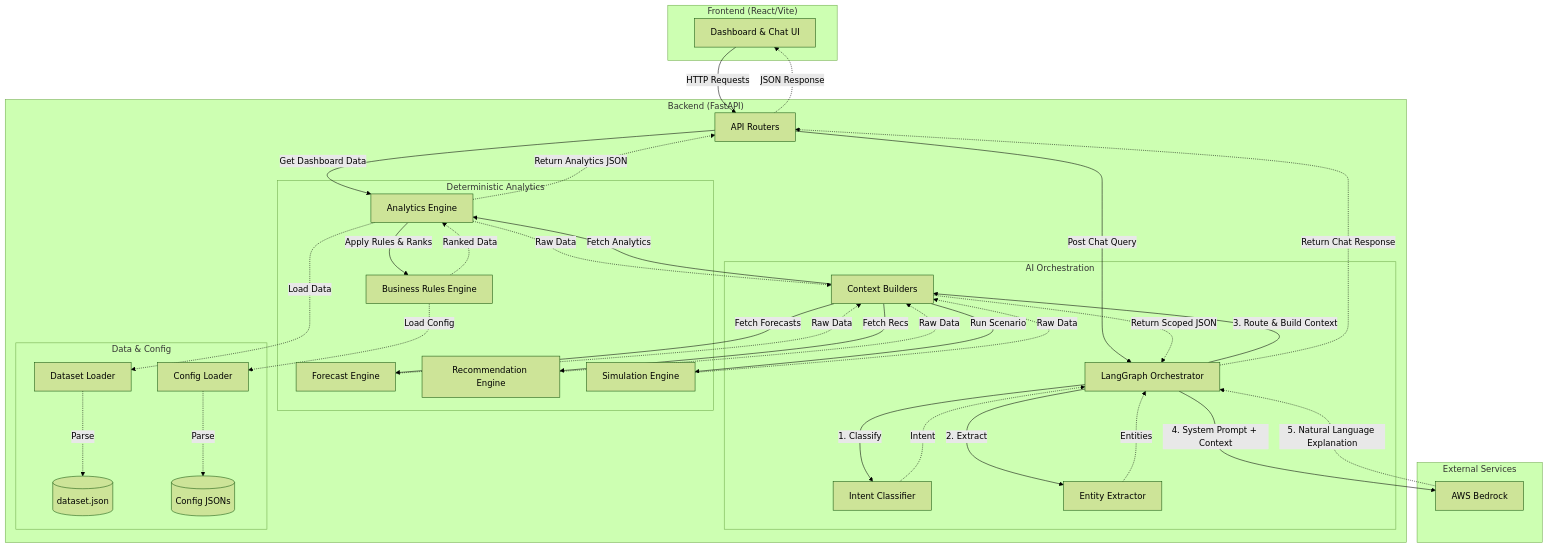
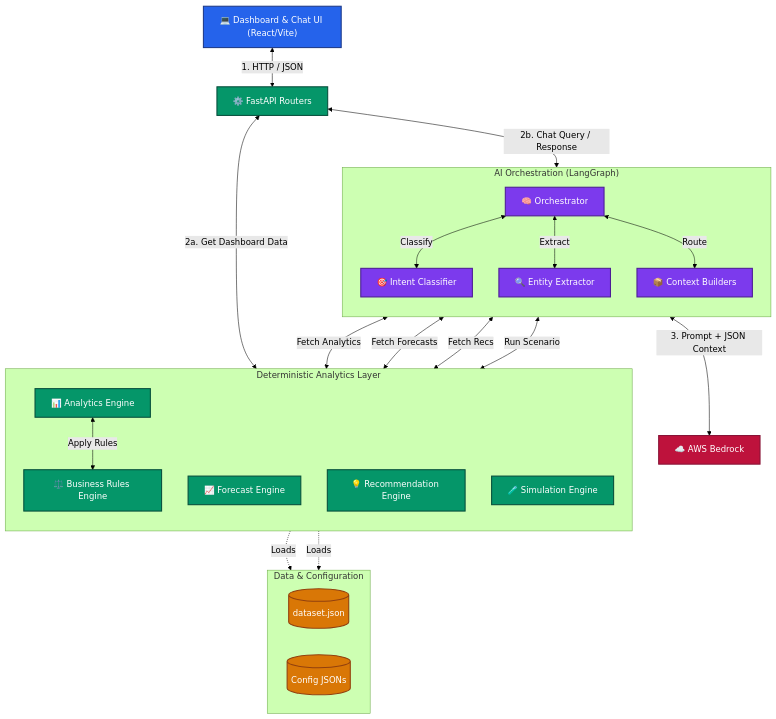
Before and after one commit to Noel9812/CUIA: the diagram in docs/02_SYSTEM_ARCHITECTURE.md, drawn with Mermaid (forest theme).

Commit message:
chore:docs update

````diff
--- a/docs/02_SYSTEM_ARCHITECTURE.md
+++ b/docs/02_SYSTEM_ARCHITECTURE.md
@@ -7,80 +7,65 @@
 ```mermaid
 flowchart TD
-    subgraph Frontend ["Frontend (React/Vite)"]
-        UI[Dashboard & Chat UI]
+    %% Node Styling
+    classDef frontend fill:#2563eb,stroke:#1e3a8a,stroke-width:2px,color:#fff;
+    classDef backend fill:#059669,stroke:#064e3b,stroke-width:2px,color:#fff;
+    classDef ai fill:#7c3aed,stroke:#4c1d95,stroke-width:2px,color:#fff;
+    classDef storage fill:#d97706,stroke:#92400e,stroke-width:2px,color:#fff;
+    classDef external fill:#be123c,stroke:#881337,stroke-width:2px,color:#fff;
+
+    %% Elements
+    UI["💻 Dashboard & Chat UI (React/Vite)"]:::frontend
+    
+    API["⚙️ FastAPI Routers"]:::backend
+    
+    subgraph AI ["AI Orchestration (LangGraph)"]
+        direction TB
+        LG["🧠 Orchestrator"]:::ai
+        IC["🎯 Intent Classifier"]:::ai
+        EE["🔍 Entity Extractor"]:::ai
+        CB["📦 Context Builders"]:::ai
     end
+    
+    subgraph Analytics ["Deterministic Analytics Layer"]
+        direction TB
+        AE["📊 Analytics Engine"]:::backend
+        FE["📈 Forecast Engine"]:::backend
+        RE["💡 Recommendation Engine"]:::backend
+        SE["🧪 Simulation Engine"]:::backend
+        BRE["⚖️ Business Rules Engine"]:::backend
+    end
+    
+    subgraph Data ["Data & Configuration"]
+        direction LR
+        DS[("dataset.json")]:::storage
+        CFG[("Config JSONs")]:::storage
+    end
+    
+    LLM["☁️ AWS Bedrock"]:::external
 
-    subgraph Backend ["Backend (FastAPI)"]
-        API[API Routers]
-        
-        subgraph AI_Layer ["AI Orchestration"]
-            LG[LangGraph Orchestrator]
-            IC[Intent Classifier]
-            EE[Entity Extractor]
-            CB[Context Builders]
-        end
-        
-        subgraph Analytics_Layer ["Deterministic Analytics"]
-            AE[Analytics Engine]
-            BRE[Business Rules Engine]
-            FE[Forecast Engine]
-            RE[Recommendation Engine]
-            SE[Simulation Engine]
-        end
-        
-        subgraph Data_Layer ["Data & Config"]
-            DS[(dataset.json)]
-            CFG[(Config JSONs)]
-            DL[Dataset Loader]
-            CL[Config Loader]
-        end
-    end
-
-    subgraph External ["External Services"]
-        LLM[AWS Bedrock]
-    end
-
-    %% Control / Data Flow
-    UI -->|HTTP Requests| API
+    %% Routing
+    UI <-->|1. HTTP / JSON| API
     
     %% Dashboard Flow
-    API -->|Get Dashboard Data| AE
-    AE -.->|Return Analytics JSON| API
+    API <-->|2a. Get Dashboard Data| AE
+    AE <-->|Apply Rules| BRE
     
     %% Copilot Flow
-    API -->|Post Chat Query| LG
+    API <-->|2b. Chat Query / Response| LG
     
-    LG -->|1. Classify| IC
-    IC -.->|Intent| LG
+    LG <-->|Classify| IC
+    LG <-->|Extract| EE
+    LG <-->|Route| CB
     
-    LG -->|2. Extract| EE
-    EE -.->|Entities| LG
+    CB <-->|Fetch Analytics| AE
+    CB <-->|Fetch Forecasts| FE
+    CB <-->|Fetch Recs| RE
+    CB <-->|Run Scenario| SE
     
-    LG -->|3. Route & Build Context| CB
+    %% Data Loading
+    AE -.->|Loads| DS
+    BRE -.->|Loads| CFG
     
-    CB -->|Fetch Analytics| AE
-    CB -->|Fetch Forecasts| FE
-    CB -->|Fetch Recs| RE
-    CB -->|Run Scenario| SE
-    
-    AE -.->|Raw Data| CB
-    FE -.->|Raw Data| CB
-    RE -.->|Raw Data| CB
-    SE -.->|Raw Data| CB
-    
-    AE -->|Apply Rules & Ranks| BRE
-    BRE -.->|Ranked Data| AE
-    
-    AE -.->|Load Data| DL
-    BRE -.->|Load Config| CL
-    DL -.->|Parse| DS
-    CL -.->|Parse| CFG
-    
-    CB -.->|Return Scoped JSON| LG
-    
-    LG -->|4. System Prompt + Context| LLM
-    LLM -.->|5. Natural Language Explanation| LG
-    
-    LG -.->|Return Chat Response| API
-    API -.->|JSON Response| UI
+    %% LLM Execution
+    LG <-->|3. Prompt + JSON Context| LLM
 ```
````
